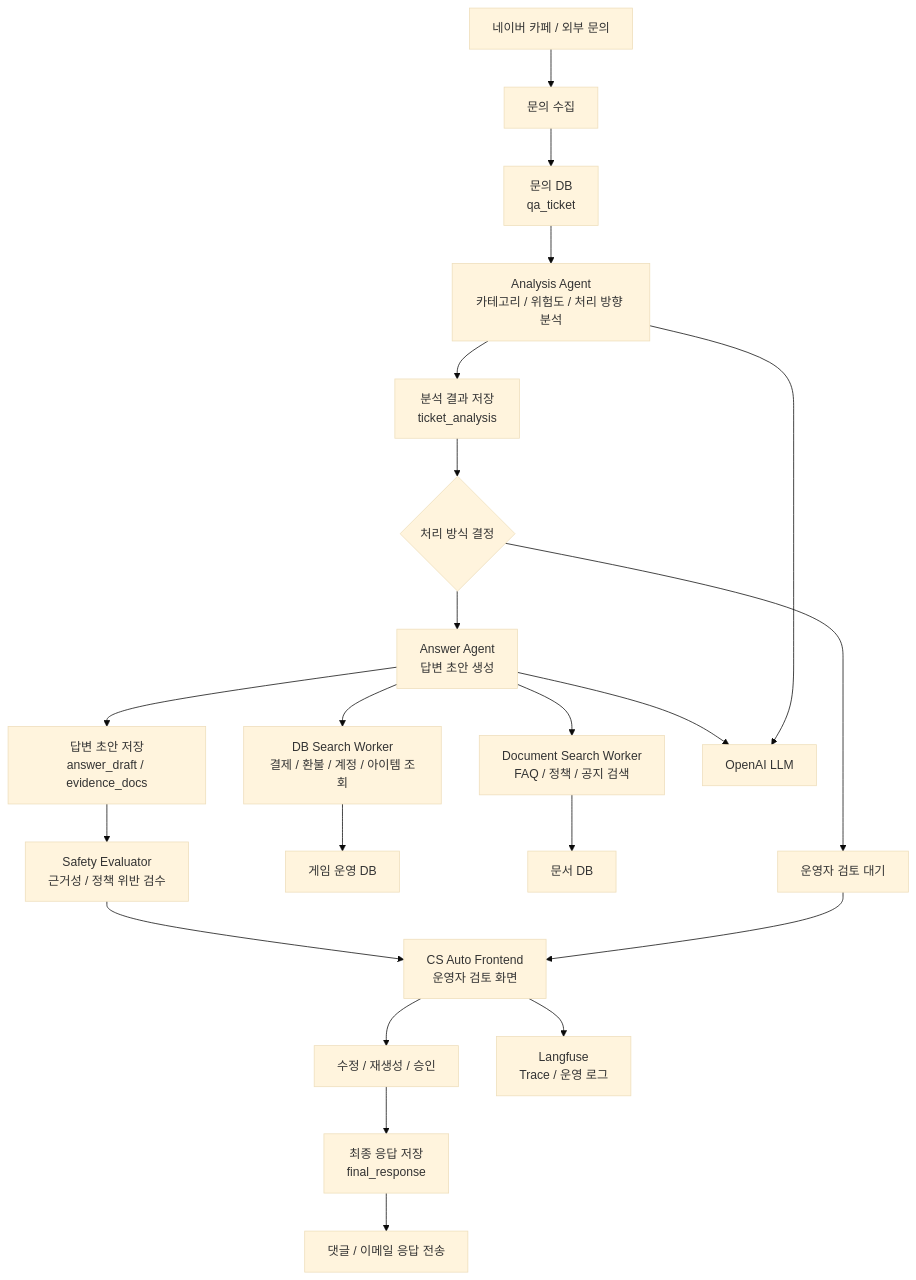
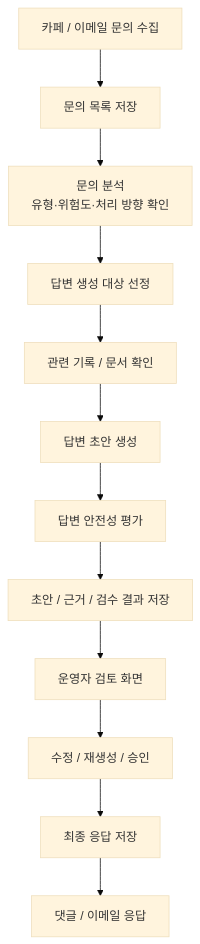
One commit to SKNETWORKS-FAMILY-AICAMP/SKN25-FINAL-6Team changed the second of 3 diagrams in README.md. Above: the diagram before and after it, drawn with Mermaid (base theme). The commit also changed other lines of this file, not shown here.

````diff
--- a/README.md
+++ b/README.md
@@ -423,32 +411,18 @@
 ```mermaid
 flowchart TD
-    Cafe["네이버 카페 / 외부 문의"] --> Collect["문의 수집"]
-    Collect --> TicketDB["문의 DB<br/>qa_ticket"]
+    Source["카페 / 이메일 문의 수집"] --> Ticket["문의 목록 저장"]
 
-    TicketDB --> Analysis["Analysis Agent<br/>카테고리 / 위험도 / 처리 방향 분석"]
-    Analysis --> AnalysisDB["분석 결과 저장<br/>ticket_analysis"]
+    Ticket --> Analysis["문의 분석<br/>유형·위험도·처리 방향 확인"]
+    Analysis --> Target["답변 생성 대상 선정"]
 
-    AnalysisDB --> Route{"처리 방식 결정"}
-    Route --> AutoDraft["Answer Agent<br/>답변 초안 생성"]
-    Route --> HumanReview["운영자 검토 대기"]
+    Target --> Evidence["관련 기록 / 문서 확인"]
+    Evidence --> Draft["답변 초안 생성"]
+    Draft --> Safety["답변 안전성 평가"]
 
-    AutoDraft --> DBSearch["DB Search Worker<br/>결제 / 환불 / 계정 / 아이템 조회"]
-    AutoDraft --> DocSearch["Document Search Worker<br/>FAQ / 정책 / 공지 검색"]
+    Safety --> Save["초안 / 근거 / 검수 결과 저장"]
+    Save --> Review["운영자 검토 화면"]
 
-    DBSearch --> GameDB["게임 운영 DB"]
-    DocSearch --> Docs["문서 DB"]
-
-    AutoDraft --> DraftDB["답변 초안 저장<br/>answer_draft / evidence_docs"]
-    DraftDB --> Safety["Safety Evaluator<br/>근거성 / 정책 위반 검수"]
-
-    Safety --> ReviewUI["CS Auto Frontend<br/>운영자 검토 화면"]
-    HumanReview --> ReviewUI
-
-    ReviewUI --> Edit["수정 / 재생성 / 승인"]
-    Edit --> FinalDB["최종 응답 저장<br/>final_response"]
-    FinalDB --> Send["댓글 / 이메일 응답 전송"]
-
-    AutoDraft --> LLM["OpenAI LLM"]
-    Analysis --> LLM
-    ReviewUI --> Obs["Langfuse<br/>Trace / 운영 로그"]
+    Review --> Edit["수정 / 재생성 / 승인"]
+    Edit --> Final["최종 응답 저장"]
+    Final --> Send["댓글 / 이메일 응답"]
 ```
````
